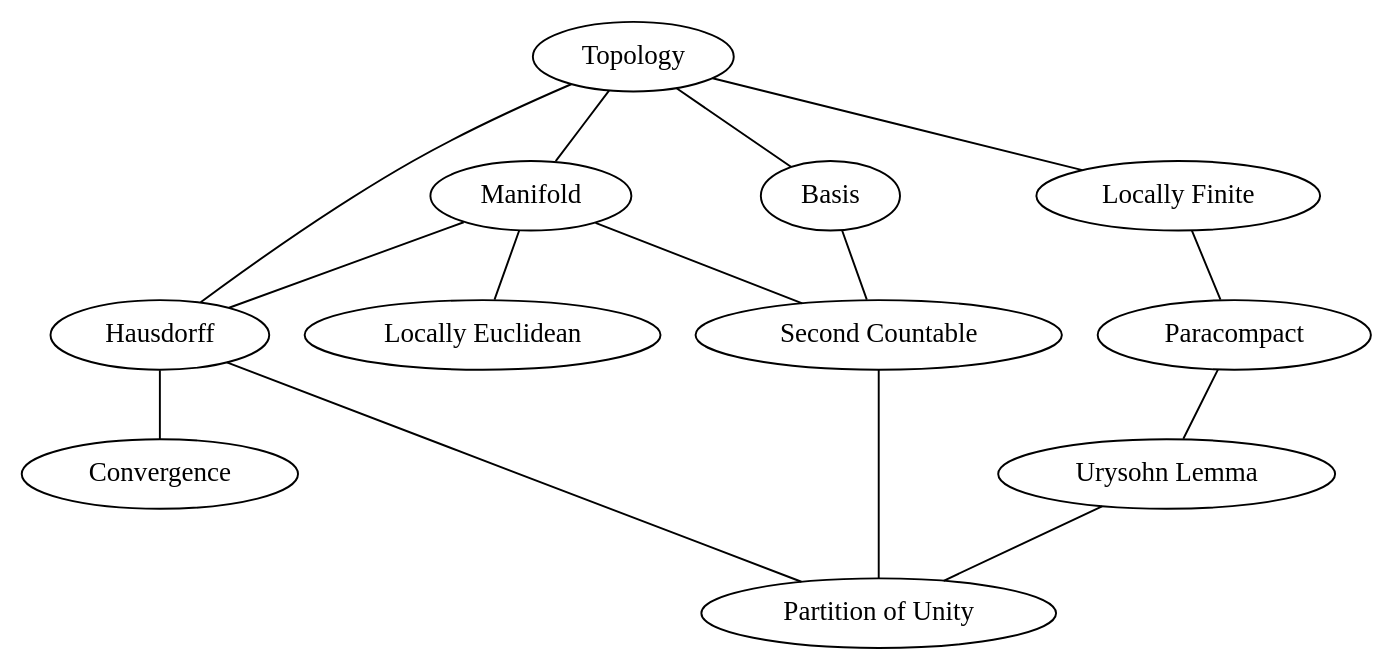
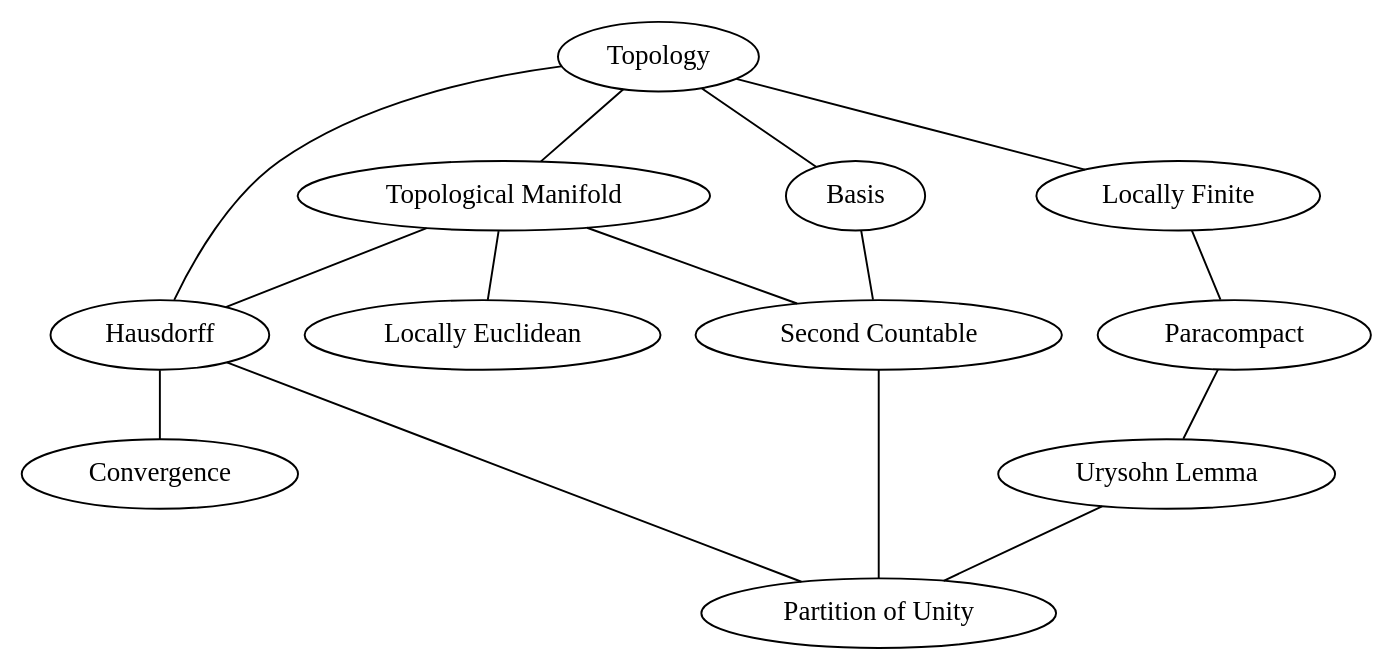
The diagram in GR/plan.dot (Axect/Physics2018), drawn with Graphviz before and after one commit. The commit also changed 3 other files, not shown here.

Commit message:
Fix Errata & Graphviz SVG

```diff
--- a/GR/plan.dot
+++ b/GR/plan.dot
@@ -1,16 +1,16 @@
 graph G {
-    Manifold -- Hausdorff;
-    Manifold -- "Locally Euclidean";
-    Manifold -- "Second Countable";
-    Topology -- Manifold;
+    "Topological Manifold" -- Hausdorff;
+    "Topological Manifold" -- "Locally Euclidean";
+    "Topological Manifold" -- "Second Countable";
+    Topology -- "Topological Manifold";
     Topology -- Hausdorff;
     Topology -- Basis;
     Topology -- "Locally Finite";
     "Locally Finite" -- Paracompact;
     Basis -- "Second Countable";
     Hausdorff -- Convergence;
     Paracompact -- "Urysohn Lemma";
     "Urysohn Lemma" -- "Partition of Unity";
     Hausdorff -- "Partition of Unity";
     "Second Countable" -- "Partition of Unity";
 }
```
